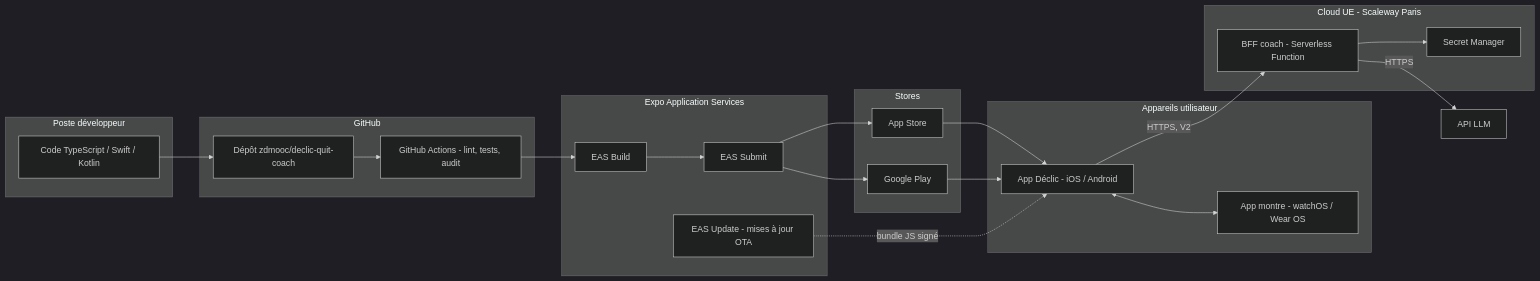
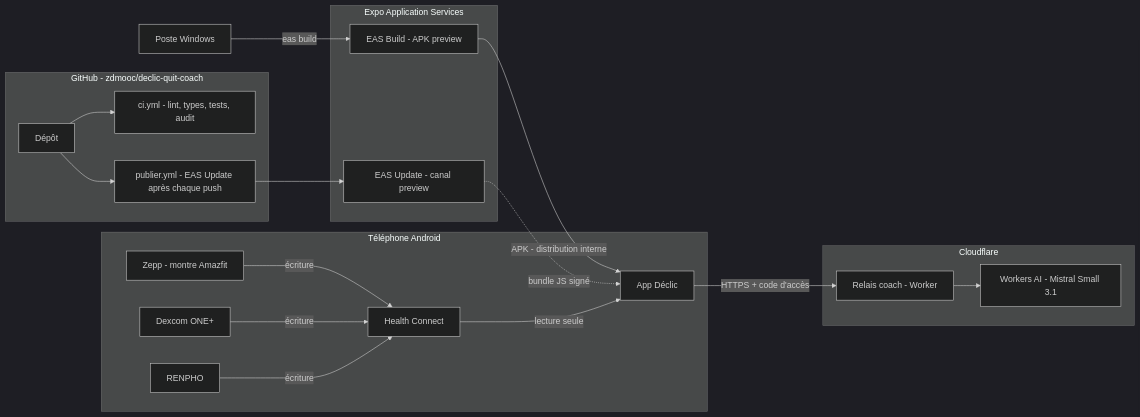
The diagram in docs/architecture/04-architecture-technique.md (zdmooc/declic-quit-coach), drawn with Mermaid (dark theme) before and after one commit. The commit also changed other lines of this file and 11 other files, not shown here.

First line of the commit message:
docs(architecture): remise à niveau 01 à 07 sur le code, ADR-0005 et 0006, revue d'architecture (08)

````diff
--- a/docs/architecture/04-architecture-technique.md
+++ b/docs/architecture/04-architecture-technique.md
@@ -9,37 +9,31 @@
 ```mermaid
 flowchart LR
-  subgraph DEV[Poste développeur]
-    CODE[Code TypeScript / Swift / Kotlin]
-  end
-  subgraph GH[GitHub]
-    REPO[Dépôt zdmooc/declic-quit-coach]
-    CI[GitHub Actions - lint, tests, audit]
+  subgraph GH[GitHub - zdmooc/declic-quit-coach]
+    REPO[Dépôt]
+    CI[ci.yml - lint, types, tests, audit]
+    PUB[publier.yml - EAS Update après chaque push]
   end
   subgraph EXPO[Expo Application Services]
-    BUILD[EAS Build]
-    SUBMIT[EAS Submit]
-    UPD[EAS Update - mises à jour OTA]
+    BUILD[EAS Build - APK preview]
+    UPD[EAS Update - canal preview]
   end
-  subgraph STORES[Stores]
-    AS[App Store]
-    GP[Google Play]
+  subgraph DEVICE[Téléphone Android]
+    PHONE[App Déclic]
+    HC[Health Connect]
+    ZEPP[Zepp - montre Amazfit]
+    DEX[Dexcom ONE+]
+    REN[RENPHO]
   end
-  subgraph DEVICE[Appareils utilisateur]
-    PHONE[App Déclic - iOS / Android]
-    WATCH[App montre - watchOS / Wear OS]
+  subgraph CF[Cloudflare]
+    RELAIS[Relais coach - Worker]
+    WAI[Workers AI - Mistral Small 3.1]
   end
-  subgraph EU[Cloud UE - Scaleway Paris]
-    BFF[BFF coach - Serverless Function]
-    SEC[Secret Manager]
-  end
-  LLM[API LLM]
-
-  CODE --> REPO --> CI --> BUILD --> SUBMIT
-  SUBMIT --> AS & GP
-  AS & GP --> PHONE
+  POSTE[Poste Windows] -->|eas build| BUILD
+  REPO --> CI
+  REPO --> PUB --> UPD
+  BUILD -->|APK - distribution interne| PHONE
   UPD -.->|bundle JS signé| PHONE
-  PHONE <--> WATCH
-  PHONE -->|HTTPS, V2| BFF
-  BFF --> SEC
-  BFF -->|HTTPS| LLM
+  ZEPP & DEX & REN -->|écriture| HC
+  HC -->|lecture seule| PHONE
+  PHONE -->|HTTPS + code d'accès| RELAIS --> WAI
 ```
````
